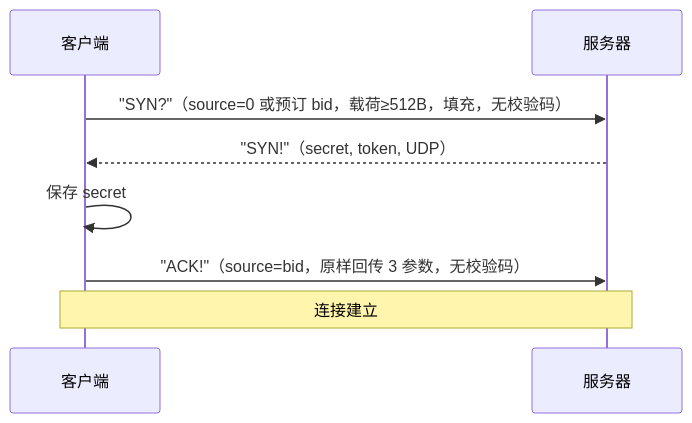
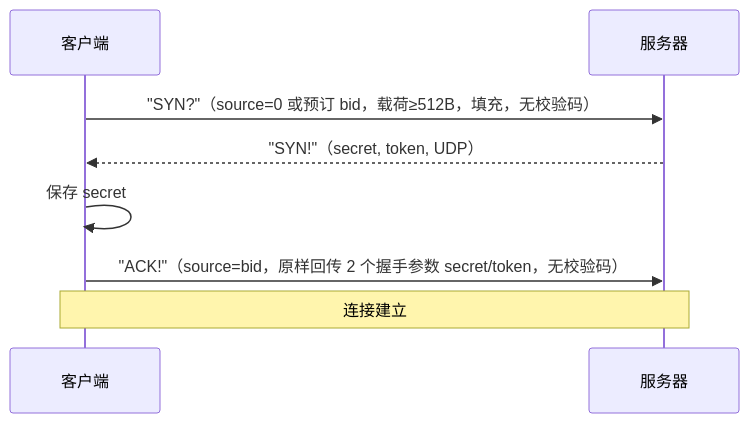
Before and after one commit to moky/magpie: the second of 4 diagrams in docs/client.md, drawn with Mermaid. The commit also changed other lines of this file and 15 other files, not shown here.

````diff
--- a/docs/client.md
+++ b/docs/client.md
@@ -142,11 +142,11 @@
 ```mermaid
 sequenceDiagram
     participant C as 客户端
     participant S as 服务器
 
     C->>S: "SYN?"（source=0 或预订 bid，载荷≥512B，填充，无校验码）
     S-->>C: "SYN!"（secret, token, UDP）
     C->>C: 保存 secret
-    C->>S: "ACK!"（source=bid，原样回传 3 参数，无校验码）
+    C->>S: "ACK!"（source=bid，原样回传 2 个握手参数 secret/token，无校验码）
     Note over C,S: 连接建立
 ```
````
